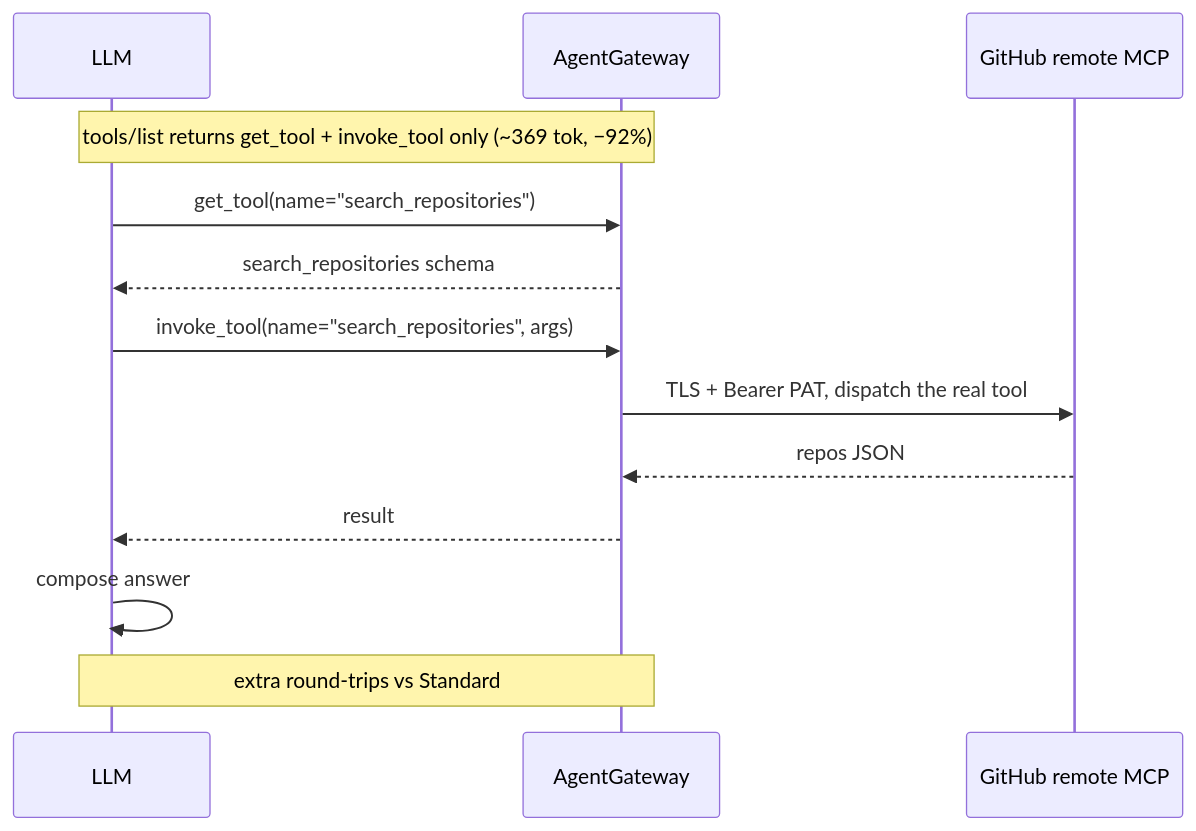
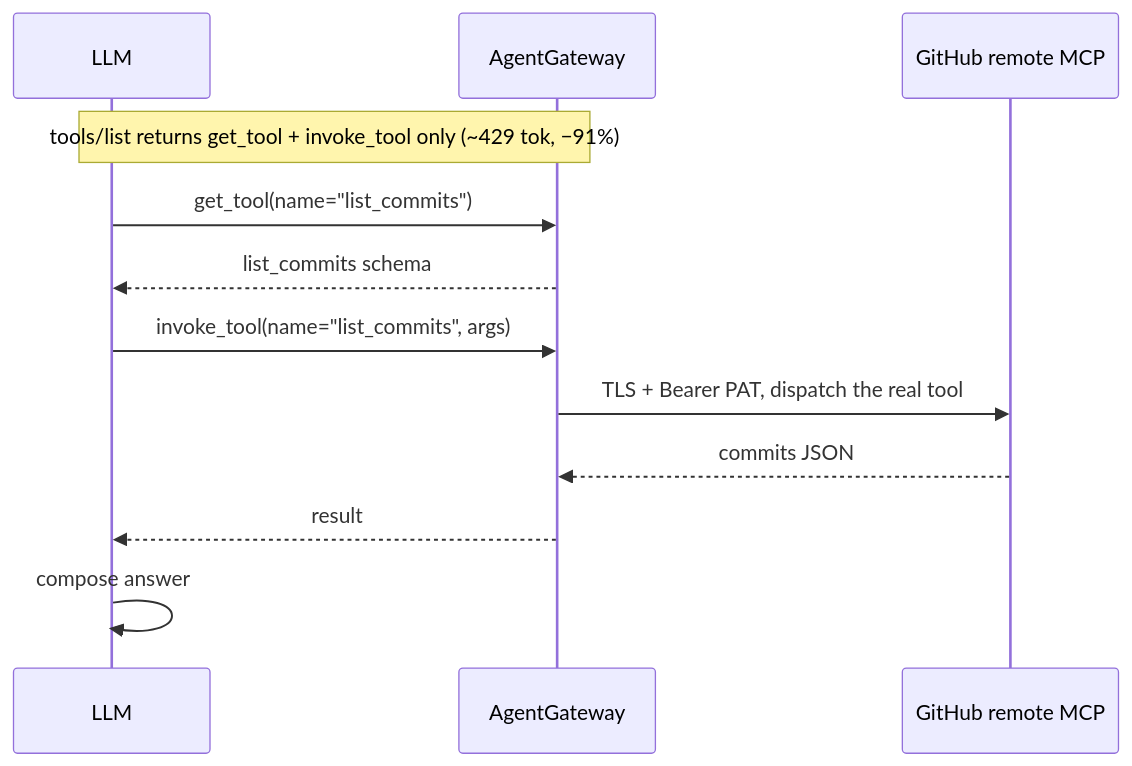
One commit to sebbycorp/agentgateway-demos changed the third of 6 diagrams in 104-ent-github-tokenomics/README.md. Above: the diagram before and after it, drawn with Mermaid. The commit also changed other lines of this file and 8 other files, not shown here.

````diff
--- a/104-ent-github-tokenomics/README.md
+++ b/104-ent-github-tokenomics/README.md
@@ -78,15 +81,14 @@
 ```mermaid
 sequenceDiagram
     participant M as LLM
     participant G as AgentGateway
     participant GH as GitHub remote MCP
-    Note over M,G: tools/list returns get_tool + invoke_tool only (~369 tok, −92%)
-    M->>G: get_tool(name="search_repositories")
-    G-->>M: search_repositories schema
-    M->>G: invoke_tool(name="search_repositories", args)
+    Note over M,G: tools/list returns get_tool + invoke_tool only (~429 tok, −91%)
+    M->>G: get_tool(name="list_commits")
+    G-->>M: list_commits schema
+    M->>G: invoke_tool(name="list_commits", args)
     G->>GH: TLS + Bearer PAT, dispatch the real tool
-    GH-->>G: repos JSON
+    GH-->>G: commits JSON
     G-->>M: result
     M->>M: compose answer
-    Note over M,G: extra round-trips vs Standard
 ```
````
